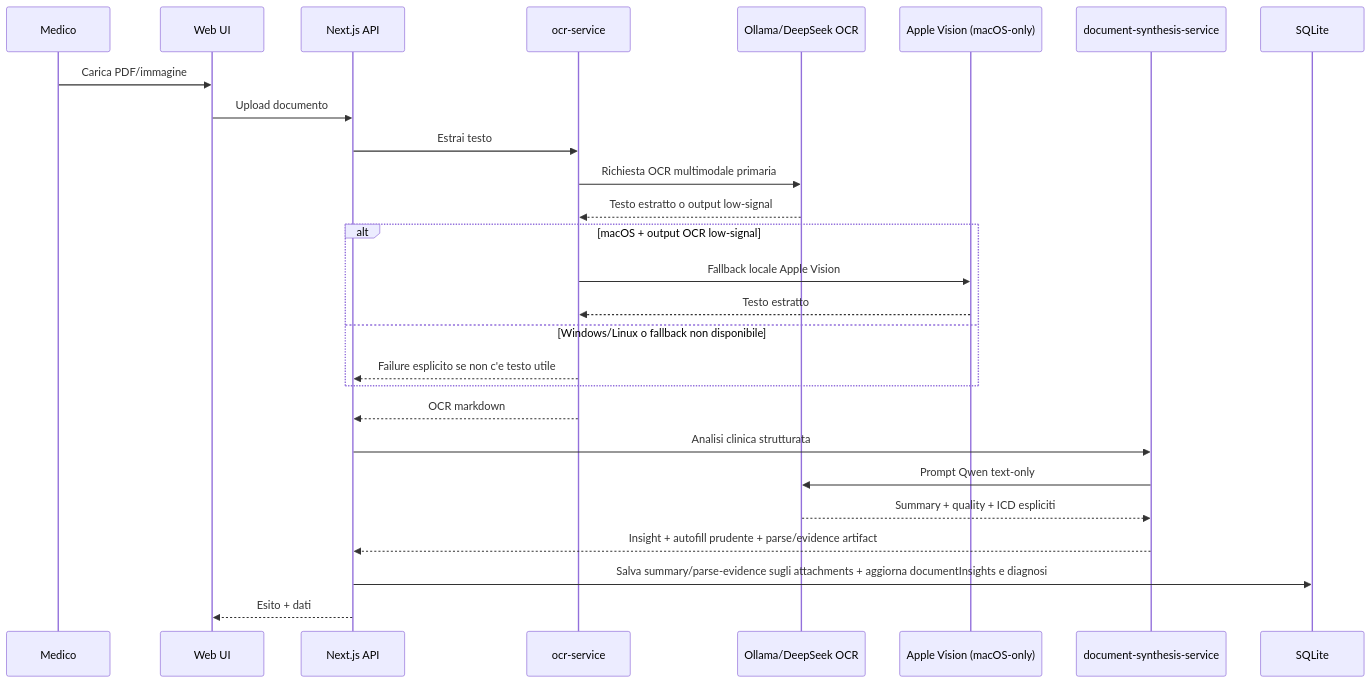
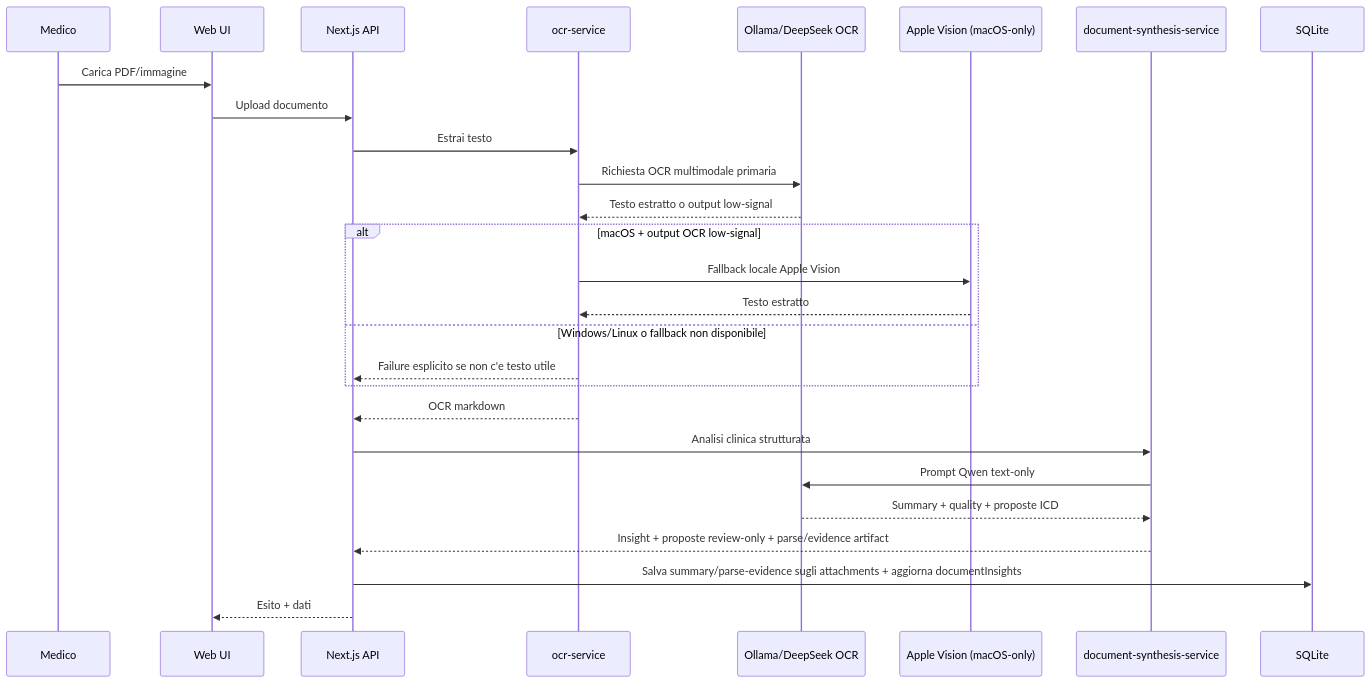
One commit to Wulfgardr/mediflow changed the seventh of 11 diagrams in docs/topologia-dati-flussi.md. Above: the diagram before and after it, drawn with Mermaid. The commit also changed other lines of this file and 4 other files, not shown here.

First line of the commit message:
docs(ai): riallinea review-only e gate UI 0.8

````diff
--- a/docs/topologia-dati-flussi.md
+++ b/docs/topologia-dati-flussi.md
@@ -287,29 +287,29 @@
 ```mermaid
 sequenceDiagram
     participant Clinician as Medico
     participant UI as Web UI
     participant API as Next.js API
     participant OCR as ocr-service
     participant LLM as Ollama/DeepSeek OCR
     participant Vision as Apple Vision (macOS-only)
     participant Synth as document-synthesis-service
     participant DB as SQLite
     Clinician->>UI: Carica PDF/immagine
     UI->>API: Upload documento
     API->>OCR: Estrai testo
     OCR->>LLM: Richiesta OCR multimodale primaria
     LLM-->>OCR: Testo estratto o output low-signal
     alt macOS + output OCR low-signal
         OCR->>Vision: Fallback locale Apple Vision
         Vision-->>OCR: Testo estratto
     else Windows/Linux o fallback non disponibile
         OCR-->>API: Failure esplicito se non c'e testo utile
     end
     OCR-->>API: OCR markdown
     API->>Synth: Analisi clinica strutturata
     Synth->>LLM: Prompt Qwen text-only
-    LLM-->>Synth: Summary + quality + ICD espliciti
-    Synth-->>API: Insight + autofill prudente + parse/evidence artifact
-    API->>DB: Salva summary/parse-evidence sugli attachments + aggiorna documentInsights e diagnosi
+    LLM-->>Synth: Summary + quality + proposte ICD
+    Synth-->>API: Insight + proposte review-only + parse/evidence artifact
+    API->>DB: Salva summary/parse-evidence sugli attachments + aggiorna documentInsights
     API-->>UI: Esito + dati
 ```
````
